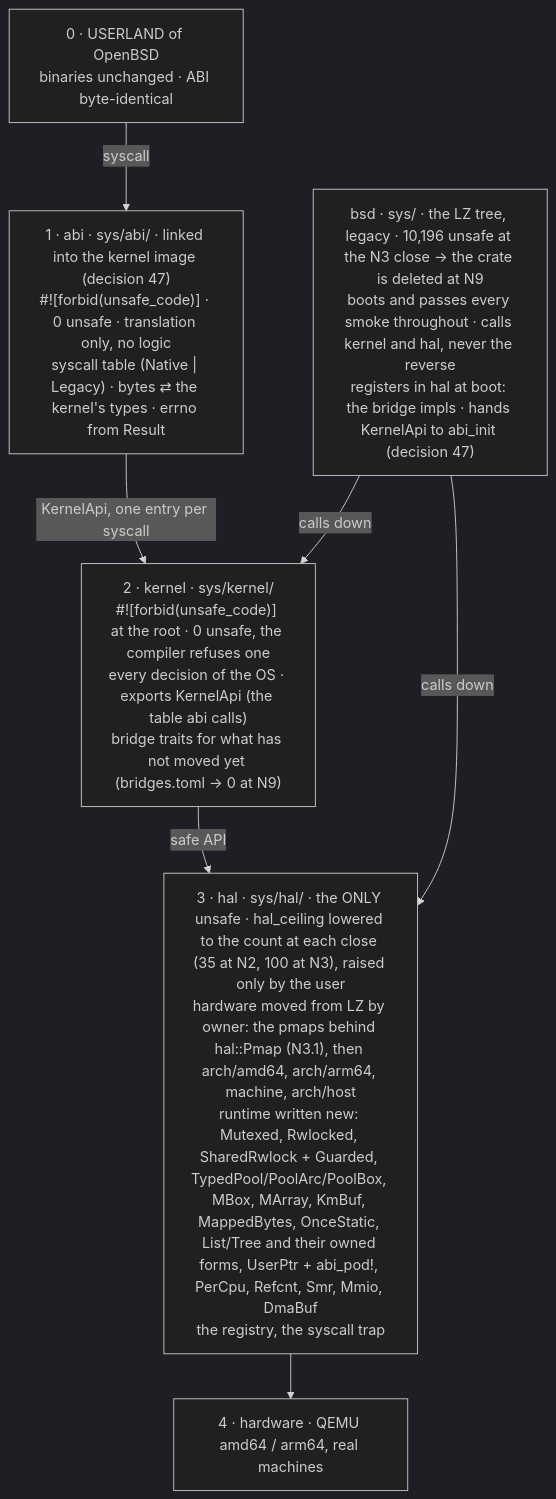
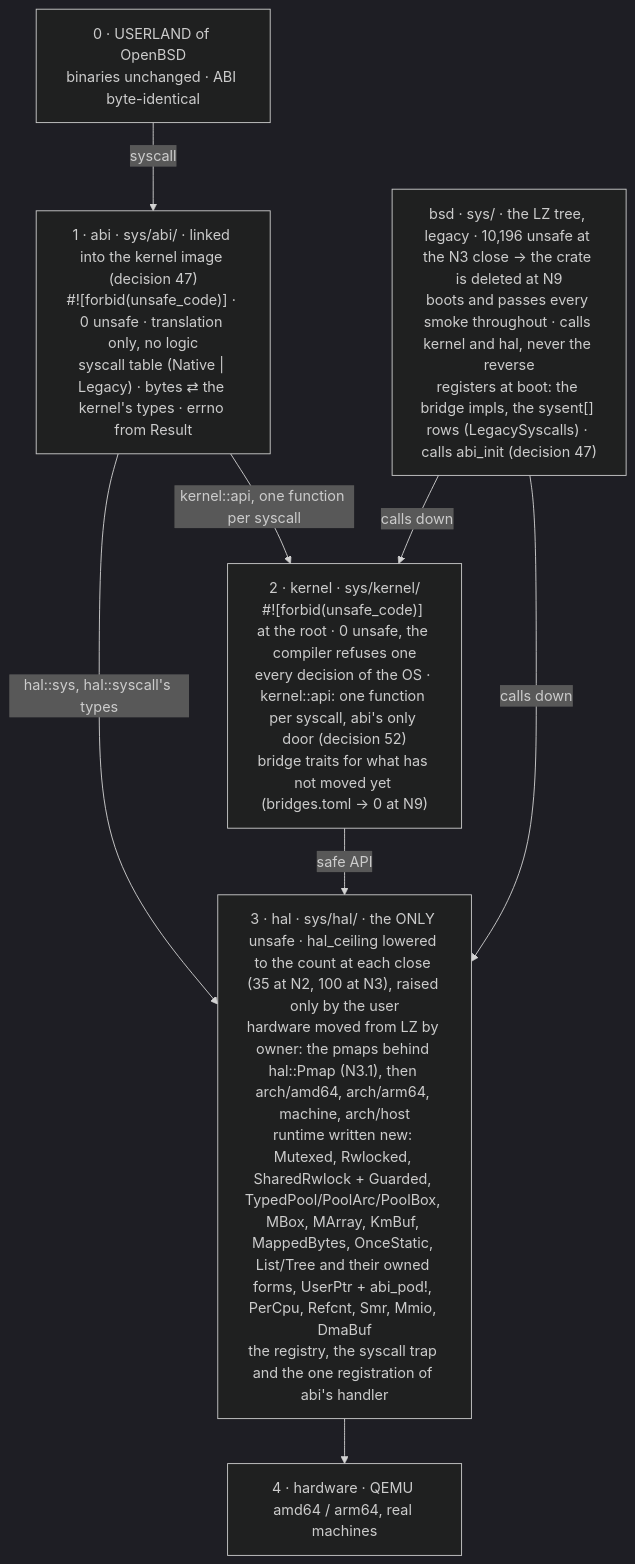
Before and after one commit to EmiBSD/Kernel: the first of 2 diagrams in docs/ZERO_UNSAFE.md, drawn with Mermaid (dark theme). The commit also changed other lines of this file and 57 other files, not shown here.

````diff
--- a/docs/ZERO_UNSAFE.md
+++ b/docs/ZERO_UNSAFE.md
@@ -22,15 +22,16 @@
 ```mermaid
 flowchart TB
     L0["0 · USERLAND of OpenBSD<br/>binaries unchanged · ABI byte-identical"]
     L1["1 · abi · sys/abi/ · linked into the kernel image (decision 47)<br/>#![forbid(unsafe_code)] · 0 unsafe · translation only, no logic<br/>syscall table (Native | Legacy) · bytes ⇄ the kernel's types · errno from Result"]
-    L2["2 · kernel · sys/kernel/<br/>#![forbid(unsafe_code)] at the root · 0 unsafe, the compiler refuses one<br/>every decision of the OS · exports KernelApi (the table abi calls)<br/>bridge traits for what has not moved yet (bridges.toml → 0 at N9)"]
-    L3["3 · hal · sys/hal/ · the ONLY unsafe · hal_ceiling lowered to the count at each close (35 at N2, 100 at N3), raised only by the user<br/>hardware moved from LZ by owner: the pmaps behind hal::Pmap (N3.1), then arch/amd64, arch/arm64, machine, arch/host<br/>runtime written new: Mutexed, Rwlocked, SharedRwlock + Guarded, TypedPool/PoolArc/PoolBox, MBox, MArray, KmBuf, MappedBytes, OnceStatic, List/Tree and their owned forms, UserPtr + abi_pod!, PerCpu, Refcnt, Smr, Mmio, DmaBuf<br/>the registry, the syscall trap"]
+    L2["2 · kernel · sys/kernel/<br/>#![forbid(unsafe_code)] at the root · 0 unsafe, the compiler refuses one<br/>every decision of the OS · kernel::api: one function per syscall, abi's only door (decision 52)<br/>bridge traits for what has not moved yet (bridges.toml → 0 at N9)"]
+    L3["3 · hal · sys/hal/ · the ONLY unsafe · hal_ceiling lowered to the count at each close (35 at N2, 100 at N3), raised only by the user<br/>hardware moved from LZ by owner: the pmaps behind hal::Pmap (N3.1), then arch/amd64, arch/arm64, machine, arch/host<br/>runtime written new: Mutexed, Rwlocked, SharedRwlock + Guarded, TypedPool/PoolArc/PoolBox, MBox, MArray, KmBuf, MappedBytes, OnceStatic, List/Tree and their owned forms, UserPtr + abi_pod!, PerCpu, Refcnt, Smr, Mmio, DmaBuf<br/>the registry, the syscall trap and the one registration of abi's handler"]
     L4["4 · hardware · QEMU amd64 / arm64, real machines"]
     L0 -->|"syscall"| L1
-    L1 -->|"KernelApi, one entry per syscall"| L2
+    L1 -->|"kernel::api, one function per syscall"| L2
+    L1 -->|"hal::sys, hal::syscall's types"| L3
     L2 -->|"safe API"| L3
     L3 --> L4
-    B["bsd · sys/ · the LZ tree, legacy · 10,196 unsafe at the N3 close → the crate is deleted at N9<br/>boots and passes every smoke throughout · calls kernel and hal, never the reverse<br/>registers in hal at boot: the bridge impls · hands KernelApi to abi_init (decision 47)"]
+    B["bsd · sys/ · the LZ tree, legacy · 10,196 unsafe at the N3 close → the crate is deleted at N9<br/>boots and passes every smoke throughout · calls kernel and hal, never the reverse<br/>registers at boot: the bridge impls, the sysent[] rows (LegacySyscalls) · calls abi_init (decision 47)"]
     B -->|"calls down"| L2
     B -->|"calls down"| L3
 ```
````
